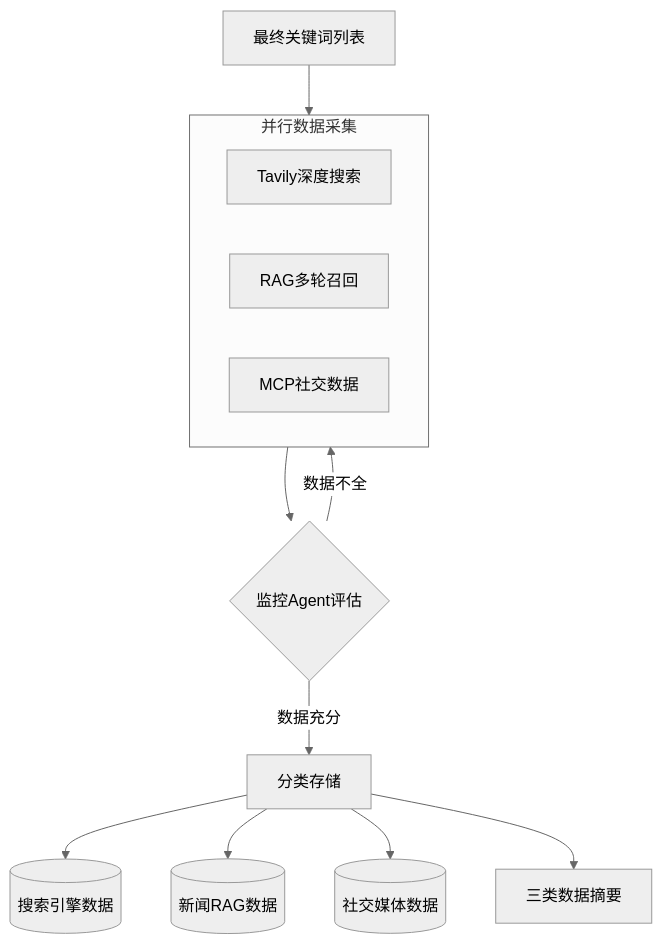
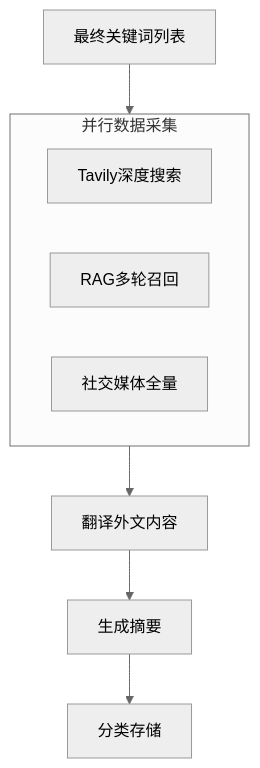
Before and after one commit to stark-456/PulseGlobe: the third of 3 diagrams in docs/implementation_plan.md, drawn with Mermaid (neutral theme). The commit also changed other lines of this file and 41 other files, not shown here.

````diff
--- a/docs/implementation_plan.md
+++ b/docs/implementation_plan.md
@@ -177,19 +104,14 @@
 ```mermaid
 graph TD
     Keywords[最终关键词列表] --> Parallel
     
     subgraph Parallel[并行数据采集]
         T[Tavily深度搜索]
         R[RAG多轮召回]
-        M[MCP社交数据]
+        M[社交媒体全量]
     end
     
-    Parallel --> Monitor{监控Agent评估}
-    Monitor -->|数据不全| Parallel
-    Monitor -->|数据充分| Store[分类存储]
-    
-    Store --> D1[(搜索引擎数据)]
-    Store --> D2[(新闻RAG数据)]
-    Store --> D3[(社交媒体数据)]
-    Store --> Summary[三类数据摘要]
+    Parallel --> Translate[翻译外文内容]
+    Translate --> Summarize[生成摘要]
+    Summarize --> Store[分类存储]
 ```
````
